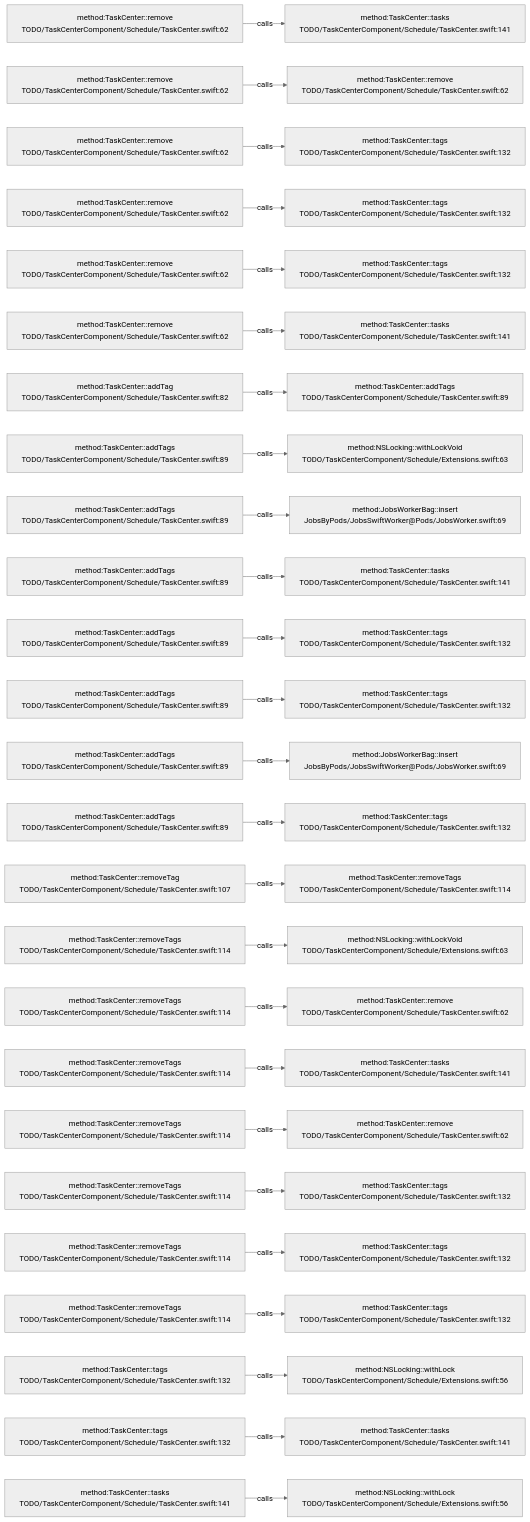
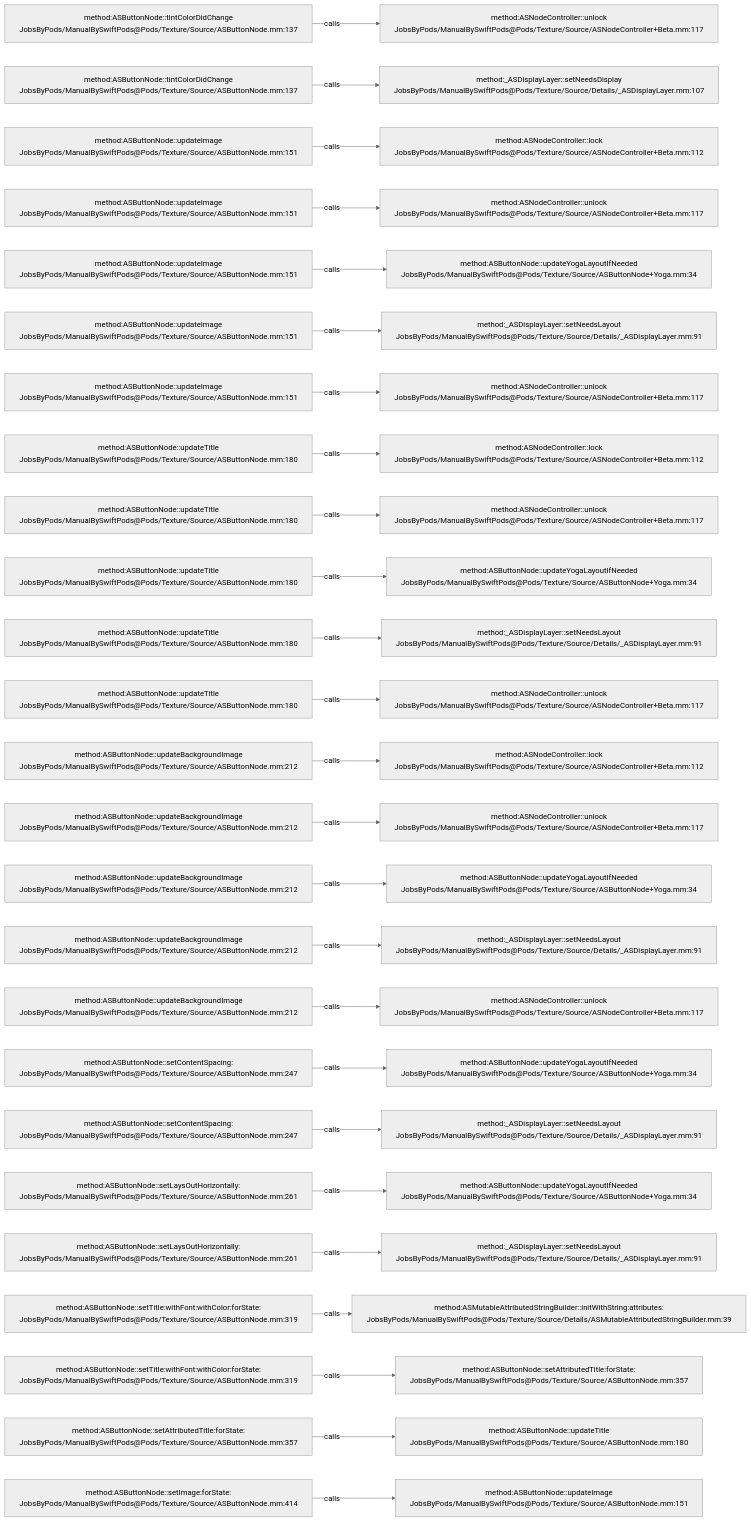
One commit to JobsKits/JobsSwiftBaseConfigDemo changed the diagram in .codegraph/codegraph.md/graphs/calls-022.md. Above: the diagram before and after it, drawn with Mermaid (neutral theme). The commit also changed 2959 other files, not shown here.

````diff
--- a/.codegraph/codegraph.md/graphs/calls-022.md
+++ b/.codegraph/codegraph.md/graphs/calls-022.md
@@ -13,78 +13,78 @@
 ```mermaid
 flowchart LR
-  S1["method:TaskCenter::remove<br/>TODO/TaskCenterComponent/Schedule/TaskCenter.swift:62"]
-  T1["method:TaskCenter::tasks<br/>TODO/TaskCenterComponent/Schedule/TaskCenter.swift:141"]
+  S1["method:ASButtonNode::tintColorDidChange<br/>JobsByPods/ManualBySwiftPods@Pods/Texture/Source/ASButtonNode.mm:137"]
+  T1["method:ASNodeController::unlock<br/>JobsByPods/ManualBySwiftPods@Pods/Texture/Source/ASNodeController+Beta.mm:117"]
   S1 -->|calls| T1
-  S2["method:TaskCenter::remove<br/>TODO/TaskCenterComponent/Schedule/TaskCenter.swift:62"]
-  T2["method:TaskCenter::remove<br/>TODO/TaskCenterComponent/Schedule/TaskCenter.swift:62"]
+  S2["method:ASButtonNode::tintColorDidChange<br/>JobsByPods/ManualBySwiftPods@Pods/Texture/Source/ASButtonNode.mm:137"]
+  T2["method:_ASDisplayLayer::setNeedsDisplay<br/>JobsByPods/ManualBySwiftPods@Pods/Texture/Source/Details/_ASDisplayLayer.mm:107"]
   S2 -->|calls| T2
-  S3["method:TaskCenter::remove<br/>TODO/TaskCenterComponent/Schedule/TaskCenter.swift:62"]
-  T3["method:TaskCenter::tags<br/>TODO/TaskCenterComponent/Schedule/TaskCenter.swift:132"]
+  S3["method:ASButtonNode::updateImage<br/>JobsByPods/ManualBySwiftPods@Pods/Texture/Source/ASButtonNode.mm:151"]
+  T3["method:ASNodeController::lock<br/>JobsByPods/ManualBySwiftPods@Pods/Texture/Source/ASNodeController+Beta.mm:112"]
   S3 -->|calls| T3
-  S4["method:TaskCenter::remove<br/>TODO/TaskCenterComponent/Schedule/TaskCenter.swift:62"]
-  T4["method:TaskCenter::tags<br/>TODO/TaskCenterComponent/Schedule/TaskCenter.swift:132"]
+  S4["method:ASButtonNode::updateImage<br/>JobsByPods/ManualBySwiftPods@Pods/Texture/Source/ASButtonNode.mm:151"]
+  T4["method:ASNodeController::unlock<br/>JobsByPods/ManualBySwiftPods@Pods/Texture/Source/ASNodeController+Beta.mm:117"]
   S4 -->|calls| T4
-  S5["method:TaskCenter::remove<br/>TODO/TaskCenterComponent/Schedule/TaskCenter.swift:62"]
-  T5["method:TaskCenter::tags<br/>TODO/TaskCenterComponent/Schedule/TaskCenter.swift:132"]
+  S5["method:ASButtonNode::updateImage<br/>JobsByPods/ManualBySwiftPods@Pods/Texture/Source/ASButtonNode.mm:151"]
+  T5["method:ASButtonNode::updateYogaLayoutIfNeeded<br/>JobsByPods/ManualBySwiftPods@Pods/Texture/Source/ASButtonNode+Yoga.mm:34"]
   S5 -->|calls| T5
-  S6["method:TaskCenter::remove<br/>TODO/TaskCenterComponent/Schedule/TaskCenter.swift:62"]
-  T6["method:TaskCenter::tasks<br/>TODO/TaskCenterComponent/Schedule/TaskCenter.swift:141"]
+  S6["method:ASButtonNode::updateImage<br/>JobsByPods/ManualBySwiftPods@Pods/Texture/Source/ASButtonNode.mm:151"]
+  T6["method:_ASDisplayLayer::setNeedsLayout<br/>JobsByPods/ManualBySwiftPods@Pods/Texture/Source/Details/_ASDisplayLayer.mm:91"]
   S6 -->|calls| T6
-  S7["method:TaskCenter::addTag<br/>TODO/TaskCenterComponent/Schedule/TaskCenter.swift:82"]
-  T7["method:TaskCenter::addTags<br/>TODO/TaskCenterComponent/Schedule/TaskCenter.swift:89"]
+  S7["method:ASButtonNode::updateImage<br/>JobsByPods/ManualBySwiftPods@Pods/Texture/Source/ASButtonNode.mm:151"]
+  T7["method:ASNodeController::unlock<br/>JobsByPods/ManualBySwiftPods@Pods/Texture/Source/ASNodeController+Beta.mm:117"]
   S7 -->|calls| T7
-  S8["method:TaskCenter::addTags<br/>TODO/TaskCenterComponent/Schedule/TaskCenter.swift:89"]
-  T8["method:NSLocking::withLockVoid<br/>TODO/TaskCenterComponent/Schedule/Extensions.swift:63"]
+  S8["method:ASButtonNode::updateTitle<br/>JobsByPods/ManualBySwiftPods@Pods/Texture/Source/ASButtonNode.mm:180"]
+  T8["method:ASNodeController::lock<br/>JobsByPods/ManualBySwiftPods@Pods/Texture/Source/ASNodeController+Beta.mm:112"]
   S8 -->|calls| T8
-  S9["method:TaskCenter::addTags<br/>TODO/TaskCenterComponent/Schedule/TaskCenter.swift:89"]
-  T9["method:JobsWorkerBag::insert<br/>JobsByPods/JobsSwiftWorker@Pods/JobsWorker.swift:69"]
+  S9["method:ASButtonNode::updateTitle<br/>JobsByPods/ManualBySwiftPods@Pods/Texture/Source/ASButtonNode.mm:180"]
+  T9["method:ASNodeController::unlock<br/>JobsByPods/ManualBySwiftPods@Pods/Texture/Source/ASNodeController+Beta.mm:117"]
   S9 -->|calls| T9
-  S10["method:TaskCenter::addTags<br/>TODO/TaskCenterComponent/Schedule/TaskCenter.swift:89"]
-  T10["method:TaskCenter::tasks<br/>TODO/TaskCenterComponent/Schedule/TaskCenter.swift:141"]
+  S10["method:ASButtonNode::updateTitle<br/>JobsByPods/ManualBySwiftPods@Pods/Texture/Source/ASButtonNode.mm:180"]
+  T10["method:ASButtonNode::updateYogaLayoutIfNeeded<br/>JobsByPods/ManualBySwiftPods@Pods/Texture/Source/ASButtonNode+Yoga.mm:34"]
   S10 -->|calls| T10
-  S11["method:TaskCenter::addTags<br/>TODO/TaskCenterComponent/Schedule/TaskCenter.swift:89"]
-  T11["method:TaskCenter::tags<br/>TODO/TaskCenterComponent/Schedule/TaskCenter.swift:132"]
+  S11["method:ASButtonNode::updateTitle<br/>JobsByPods/ManualBySwiftPods@Pods/Texture/Source/ASButtonNode.mm:180"]
+  T11["method:_ASDisplayLayer::setNeedsLayout<br/>JobsByPods/ManualBySwiftPods@Pods/Texture/Source/Details/_ASDisplayLayer.mm:91"]
   S11 -->|calls| T11
-  S12["method:TaskCenter::addTags<br/>TODO/TaskCenterComponent/Schedule/TaskCenter.swift:89"]
-  T12["method:TaskCenter::tags<br/>TODO/TaskCenterComponent/Schedule/TaskCenter.swift:132"]
+  S12["method:ASButtonNode::updateTitle<br/>JobsByPods/ManualBySwiftPods@Pods/Texture/Source/ASButtonNode.mm:180"]
+  T12["method:ASNodeController::unlock<br/>JobsByPods/ManualBySwiftPods@Pods/Texture/Source/ASNodeController+Beta.mm:117"]
   S12 -->|calls| T12
-  S13["method:TaskCenter::addTags<br/>TODO/TaskCenterComponent/Schedule/TaskCenter.swift:89"]
-  T13["method:JobsWorkerBag::insert<br/>JobsByPods/JobsSwiftWorker@Pods/JobsWorker.swift:69"]
+  S13["method:ASButtonNode::updateBackgroundImage<br/>JobsByPods/ManualBySwiftPods@Pods/Texture/Source/ASButtonNode.mm:212"]
+  T13["method:ASNodeController::lock<br/>JobsByPods/ManualBySwiftPods@Pods/Texture/Source/ASNodeController+Beta.mm:112"]
   S13 -->|calls| T13
-  S14["method:TaskCenter::addTags<br/>TODO/TaskCenterComponent/Schedule/TaskCenter.swift:89"]
-  T14["method:TaskCenter::tags<br/>TODO/TaskCenterComponent/Schedule/TaskCenter.swift:132"]
+  S14["method:ASButtonNode::updateBackgroundImage<br/>JobsByPods/ManualBySwiftPods@Pods/Texture/Source/ASButtonNode.mm:212"]
+  T14["method:ASNodeController::unlock<br/>JobsByPods/ManualBySwiftPods@Pods/Texture/Source/ASNodeController+Beta.mm:117"]
   S14 -->|calls| T14
-  S15["method:TaskCenter::removeTag<br/>TODO/TaskCenterComponent/Schedule/TaskCenter.swift:107"]
-  T15["method:TaskCenter::removeTags<br/>TODO/TaskCenterComponent/Schedule/TaskCenter.swift:114"]
+  S15["method:ASButtonNode::updateBackgroundImage<br/>JobsByPods/ManualBySwiftPods@Pods/Texture/Source/ASButtonNode.mm:212"]
+  T15["method:ASButtonNode::updateYogaLayoutIfNeeded<br/>JobsByPods/ManualBySwiftPods@Pods/Texture/Source/ASButtonNode+Yoga.mm:34"]
   S15 -->|calls| T15
-  S16["method:TaskCenter::removeTags<br/>TODO/TaskCenterComponent/Schedule/TaskCenter.swift:114"]
-  T16["method:NSLocking::withLockVoid<br/>TODO/TaskCenterComponent/Schedule/Extensions.swift:63"]
+  S16["method:ASButtonNode::updateBackgroundImage<br/>JobsByPods/ManualBySwiftPods@Pods/Texture/Source/ASButtonNode.mm:212"]
+  T16["method:_ASDisplayLayer::setNeedsLayout<br/>JobsByPods/ManualBySwiftPods@Pods/Texture/Source/Details/_ASDisplayLayer.mm:91"]
   S16 -->|calls| T16
-  S17["method:TaskCenter::removeTags<br/>TODO/TaskCenterComponent/Schedule/TaskCenter.swift:114"]
-  T17["method:TaskCenter::remove<br/>TODO/TaskCenterComponent/Schedule/TaskCenter.swift:62"]
+  S17["method:ASButtonNode::updateBackgroundImage<br/>JobsByPods/ManualBySwiftPods@Pods/Texture/Source/ASButtonNode.mm:212"]
+  T17["method:ASNodeController::unlock<br/>JobsByPods/ManualBySwiftPods@Pods/Texture/Source/ASNodeController+Beta.mm:117"]
   S17 -->|calls| T17
-  S18["method:TaskCenter::removeTags<br/>TODO/TaskCenterComponent/Schedule/TaskCenter.swift:114"]
-  T18["method:TaskCenter::tasks<br/>TODO/TaskCenterComponent/Schedule/TaskCenter.swift:141"]
+  S18["method:ASButtonNode::setContentSpacing:<br/>JobsByPods/ManualBySwiftPods@Pods/Texture/Source/ASButtonNode.mm:247"]
+  T18["method:ASButtonNode::updateYogaLayoutIfNeeded<br/>JobsByPods/ManualBySwiftPods@Pods/Texture/Source/ASButtonNode+Yoga.mm:34"]
   S18 -->|calls| T18
-  S19["method:TaskCenter::removeTags<br/>TODO/TaskCenterComponent/Schedule/TaskCenter.swift:114"]
-  T19["method:TaskCenter::remove<br/>TODO/TaskCenterComponent/Schedule/TaskCenter.swift:62"]
+  S19["method:ASButtonNode::setContentSpacing:<br/>JobsByPods/ManualBySwiftPods@Pods/Texture/Source/ASButtonNode.mm:247"]
+  T19["method:_ASDisplayLayer::setNeedsLayout<br/>JobsByPods/ManualBySwiftPods@Pods/Texture/Source/Details/_ASDisplayLayer.mm:91"]
   S19 -->|calls| T19
-  S20["method:TaskCenter::removeTags<br/>TODO/TaskCenterComponent/Schedule/TaskCenter.swift:114"]
-  T20["method:TaskCenter::tags<br/>TODO/TaskCenterComponent/Schedule/TaskCenter.swift:132"]
+  S20["method:ASButtonNode::setLaysOutHorizontally:<br/>JobsByPods/ManualBySwiftPods@Pods/Texture/Source/ASButtonNode.mm:261"]
+  T20["method:ASButtonNode::updateYogaLayoutIfNeeded<br/>JobsByPods/ManualBySwiftPods@Pods/Texture/Source/ASButtonNode+Yoga.mm:34"]
   S20 -->|calls| T20
-  S21["method:TaskCenter::removeTags<br/>TODO/TaskCenterComponent/Schedule/TaskCenter.swift:114"]
-  T21["method:TaskCenter::tags<br/>TODO/TaskCenterComponent/Schedule/TaskCenter.swift:132"]
+  S21["method:ASButtonNode::setLaysOutHorizontally:<br/>JobsByPods/ManualBySwiftPods@Pods/Texture/Source/ASButtonNode.mm:261"]
+  T21["method:_ASDisplayLayer::setNeedsLayout<br/>JobsByPods/ManualBySwiftPods@Pods/Texture/Source/Details/_ASDisplayLayer.mm:91"]
   S21 -->|calls| T21
-  S22["method:TaskCenter::removeTags<br/>TODO/TaskCenterComponent/Schedule/TaskCenter.swift:114"]
-  T22["method:TaskCenter::tags<br/>TODO/TaskCenterComponent/Schedule/TaskCenter.swift:132"]
+  S22["method:ASButtonNode::setTitle:withFont:withColor:forState:<br/>JobsByPods/ManualBySwiftPods@Pods/Texture/Source/ASButtonNode.mm:319"]
+  T22["method:ASMutableAttributedStringBuilder::initWithString:attributes:<br/>JobsByPods/ManualBySwiftPods@Pods/Texture/Source/Details/ASMutableAttributedStringBuilder.mm:39"]
   S22 -->|calls| T22
-  S23["method:TaskCenter::tags<br/>TODO/TaskCenterComponent/Schedule/TaskCenter.swift:132"]
-  T23["method:NSLocking::withLock<br/>TODO/TaskCenterComponent/Schedule/Extensions.swift:56"]
+  S23["method:ASButtonNode::setTitle:withFont:withColor:forState:<br/>JobsByPods/ManualBySwiftPods@Pods/Texture/Source/ASButtonNode.mm:319"]
+  T23["method:ASButtonNode::setAttributedTitle:forState:<br/>JobsByPods/ManualBySwiftPods@Pods/Texture/Source/ASButtonNode.mm:357"]
   S23 -->|calls| T23
-  S24["method:TaskCenter::tags<br/>TODO/TaskCenterComponent/Schedule/TaskCenter.swift:132"]
-  T24["method:TaskCenter::tasks<br/>TODO/TaskCenterComponent/Schedule/TaskCenter.swift:141"]
+  S24["method:ASButtonNode::setAttributedTitle:forState:<br/>JobsByPods/ManualBySwiftPods@Pods/Texture/Source/ASButtonNode.mm:357"]
+  T24["method:ASButtonNode::updateTitle<br/>JobsByPods/ManualBySwiftPods@Pods/Texture/Source/ASButtonNode.mm:180"]
   S24 -->|calls| T24
-  S25["method:TaskCenter::tasks<br/>TODO/TaskCenterComponent/Schedule/TaskCenter.swift:141"]
-  T25["method:NSLocking::withLock<br/>TODO/TaskCenterComponent/Schedule/Extensions.swift:56"]
+  S25["method:ASButtonNode::setImage:forState:<br/>JobsByPods/ManualBySwiftPods@Pods/Texture/Source/ASButtonNode.mm:414"]
+  T25["method:ASButtonNode::updateImage<br/>JobsByPods/ManualBySwiftPods@Pods/Texture/Source/ASButtonNode.mm:151"]
   S25 -->|calls| T25
 ```
````
